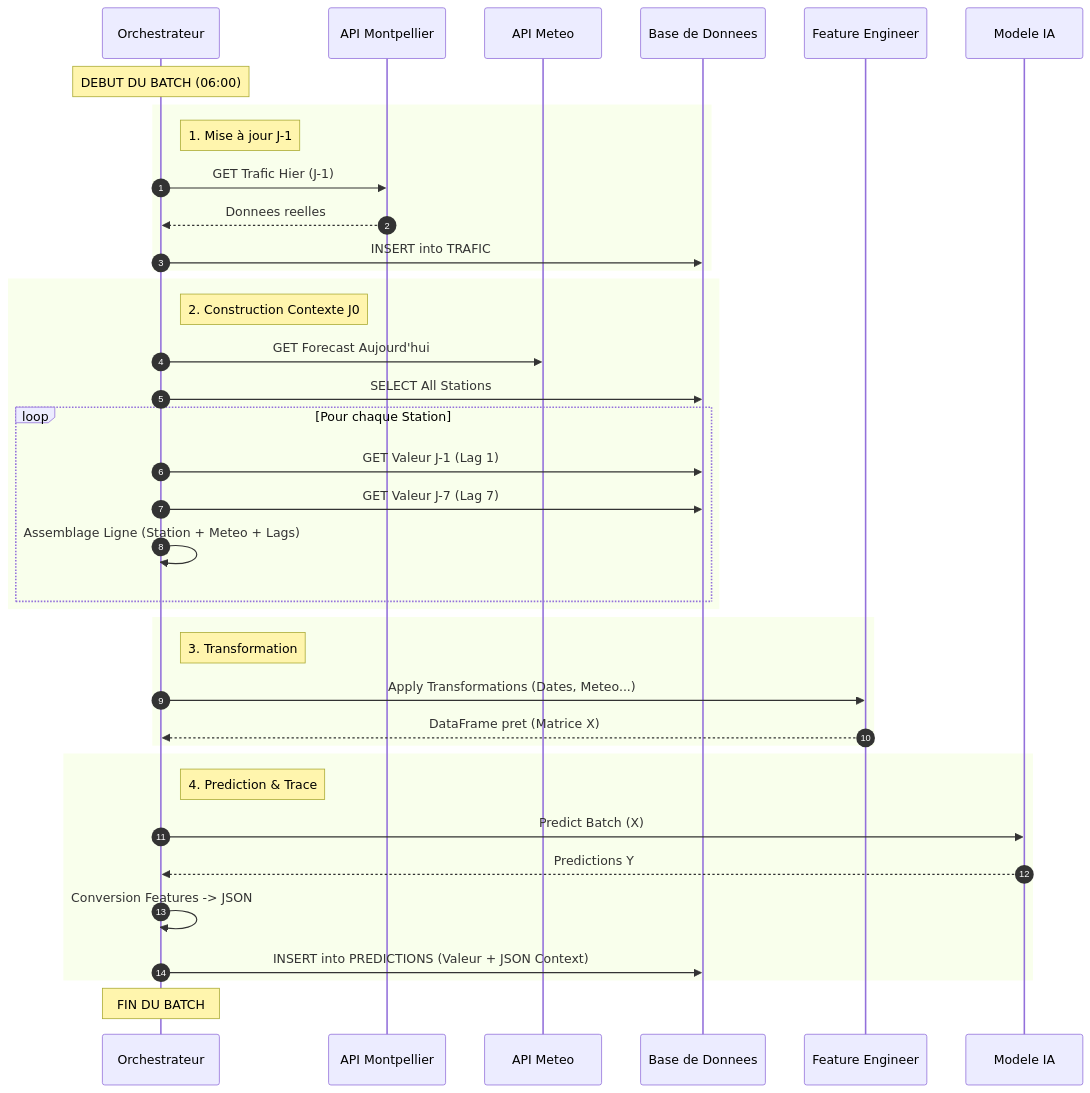
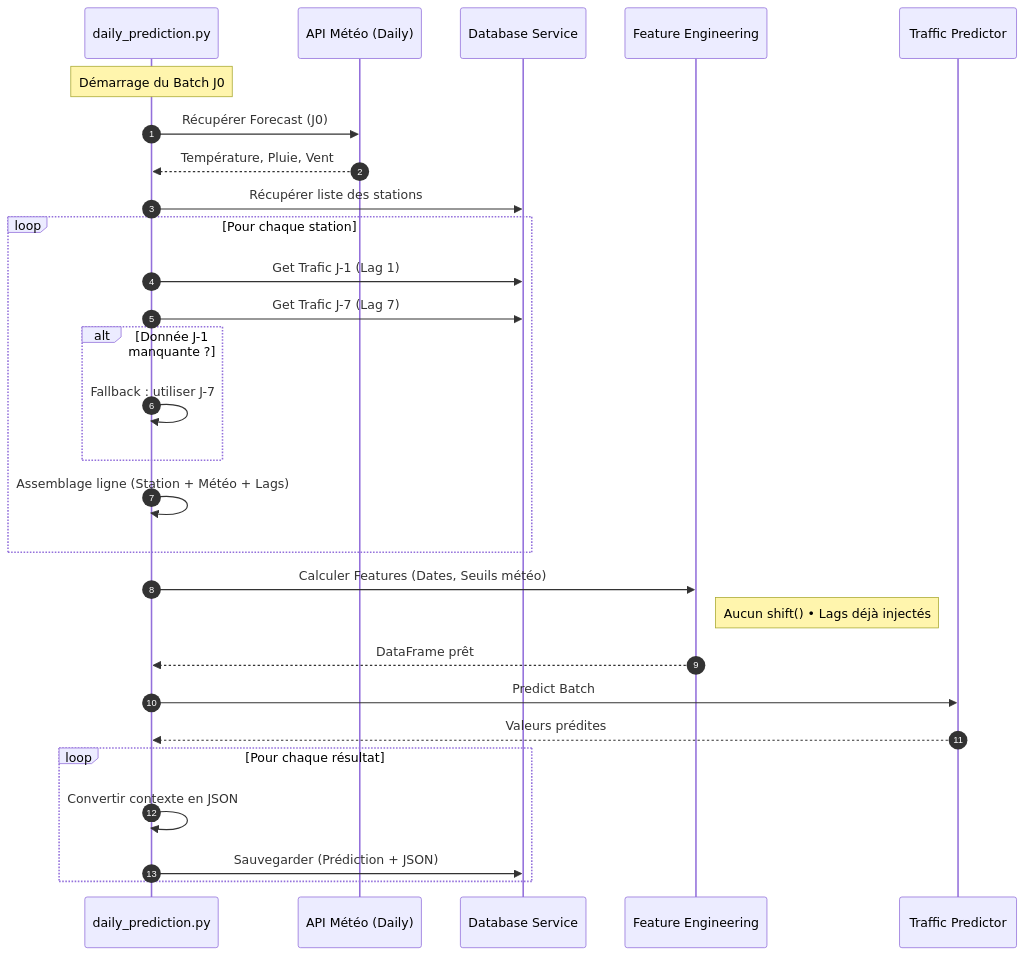
One commit to loicgoi/Prediction_velo_Montpellier changed the diagram in logique_predict_daily.md. Above: the diagram before and after it, drawn with Mermaid. The commit also changed other lines of this file and 5 other files, not shown here.

````diff
--- a/logique_predict_daily.md
+++ b/logique_predict_daily.md
@@ -64,54 +20,46 @@
 ```mermaid
 
 sequenceDiagram
     autonumber
-    participant Orch as Orchestrateur
-    participant API_M3M as API Montpellier
-    participant API_Weather as API Meteo
-    participant DB as Base de Donnees
-    participant Feature as Feature Engineer
-    participant Model as Modele IA
+    participant Orchestrator as daily_prediction.py
+    participant API_Weather as API Météo (Daily)
+    participant DB as Database Service
+    participant FeatureEng as Feature Engineering
+    participant Predictor as Traffic Predictor
 
-    Note over Orch: DEBUT DU BATCH (06:00)
+    Note over Orchestrator: Démarrage du Batch J0
 
-    %% Etape 1
-    rect
-        Note right of Orch: 1. Mise à jour J-1
-        Orch->>API_M3M: GET Trafic Hier (J-1)
-        API_M3M-->>Orch: Donnees reelles
-        Orch->>DB: INSERT into TRAFIC
+    %% Étape 1 : Météo
+    Orchestrator->>API_Weather: Récupérer Forecast (J0)
+    API_Weather-->>Orchestrator: Température, Pluie, Vent
+
+    %% Étape 2 : Construction du Dataset
+    Orchestrator->>DB: Récupérer liste des stations
+    
+    loop Pour chaque station
+        Orchestrator->>DB: Get Trafic J-1 (Lag 1)
+        Orchestrator->>DB: Get Trafic J-7 (Lag 7)
+        
+        alt Donnée J-1 manquante ?
+            Orchestrator->>Orchestrator: Fallback : utiliser J-7
+        end
+        
+        Orchestrator->>Orchestrator: Assemblage ligne (Station + Météo + Lags)
     end
 
-    %% Etape 2
-    rect
-        Note right of Orch: 2. Construction Contexte J0
-        Orch->>API_Weather: GET Forecast Aujourd'hui
-        Orch->>DB: SELECT All Stations
-        
-        loop Pour chaque Station
-            Orch->>DB: GET Valeur J-1 (Lag 1)
-            Orch->>DB: GET Valeur J-7 (Lag 7)
-            Orch->>Orch: Assemblage Ligne (Station + Meteo + Lags)
-        end
+    %% Étape 3 : Transformation
+    Orchestrator->>FeatureEng: Calculer Features (Dates, Seuils météo)
+    Note right of FeatureEng: Aucun shift() • Lags déjà injectés
+    FeatureEng-->>Orchestrator: DataFrame prêt
+
+    %% Étape 4 : Prédiction
+    Orchestrator->>Predictor: Predict Batch
+    Predictor-->>Orchestrator: Valeurs prédites
+
+    %% Étape 5 : Sauvegarde
+    loop Pour chaque résultat
+        Orchestrator->>Orchestrator: Convertir contexte en JSON
+        Orchestrator->>DB: Sauvegarder (Prédiction + JSON)
     end
 
-    %% Etape 3
-    rect
-        Note right of Orch: 3. Transformation
-        Orch->>Feature: Apply Transformations (Dates, Meteo...)
-        Feature-->>Orch: DataFrame pret (Matrice X)
-    end
-
-    %% Etape 4
-    rect
-        Note right of Orch: 4. Prediction & Trace
-        Orch->>Model: Predict Batch (X)
-        Model-->>Orch: Predictions Y
-        
-        Orch->>Orch: Conversion Features -> JSON
-        Orch->>DB: INSERT into PREDICTIONS (Valeur + JSON Context)
-    end
-
-    Note over Orch: FIN DU BATCH
-
 ```
````
